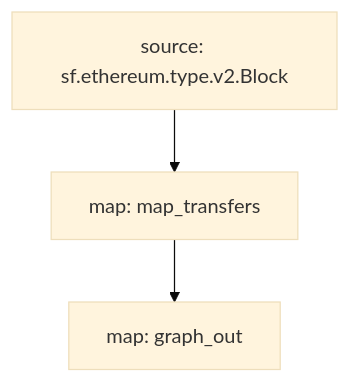
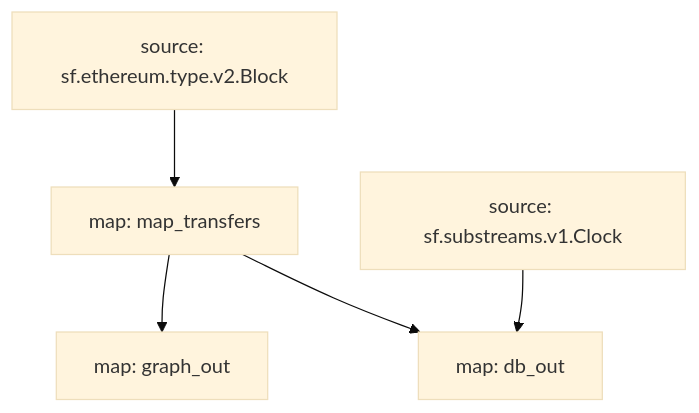
One commit to pinax-network/substreams-erc20-transfers changed the diagram in README.md. Above: the diagram before and after it, drawn with Mermaid (base theme). The commit also changed other lines of this file and 1 other file, not shown here.

````diff
--- a/README.md
+++ b/README.md
@@ -33,8 +33,11 @@
 ```mermaid
 graph TD;
   map_transfers[map: map_transfers];
   sf.ethereum.type.v2.Block[source: sf.ethereum.type.v2.Block] --> map_transfers;
   graph_out[map: graph_out];
   map_transfers --> graph_out;
+  db_out[map: db_out];
+  sf.substreams.v1.Clock[source: sf.substreams.v1.Clock] --> db_out;
+  map_transfers --> db_out;
 
 ```
````
